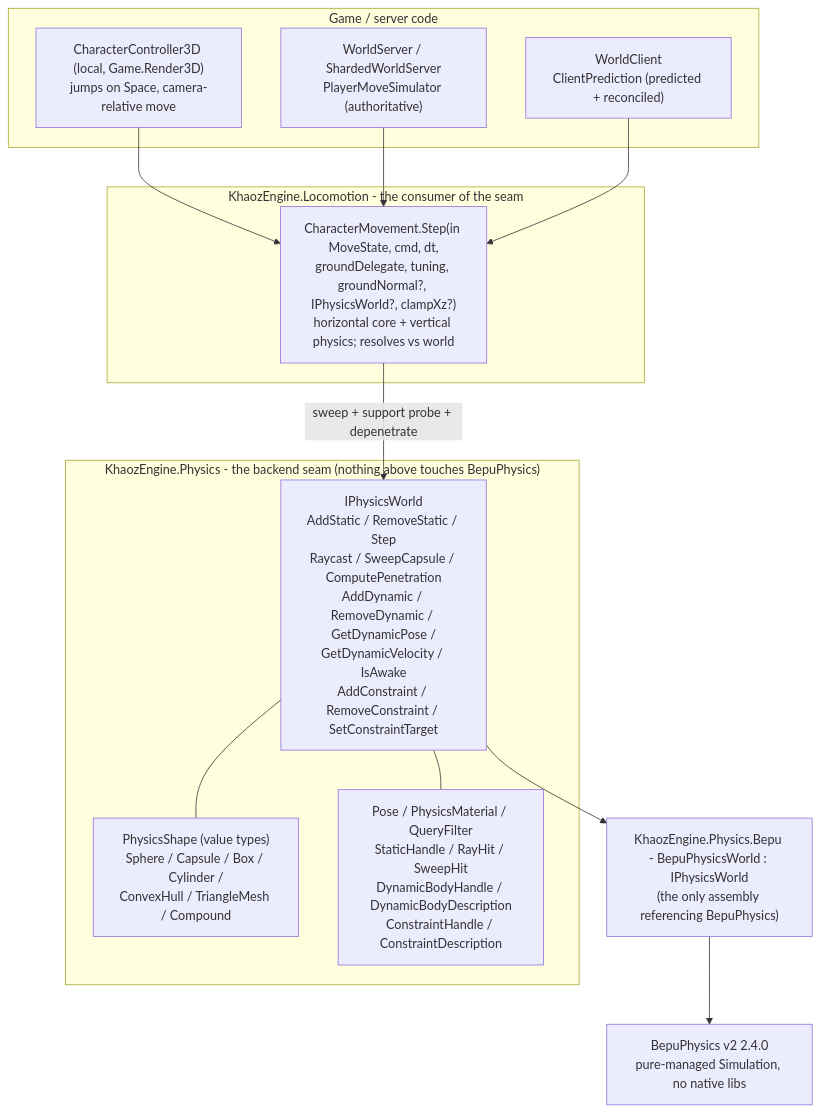
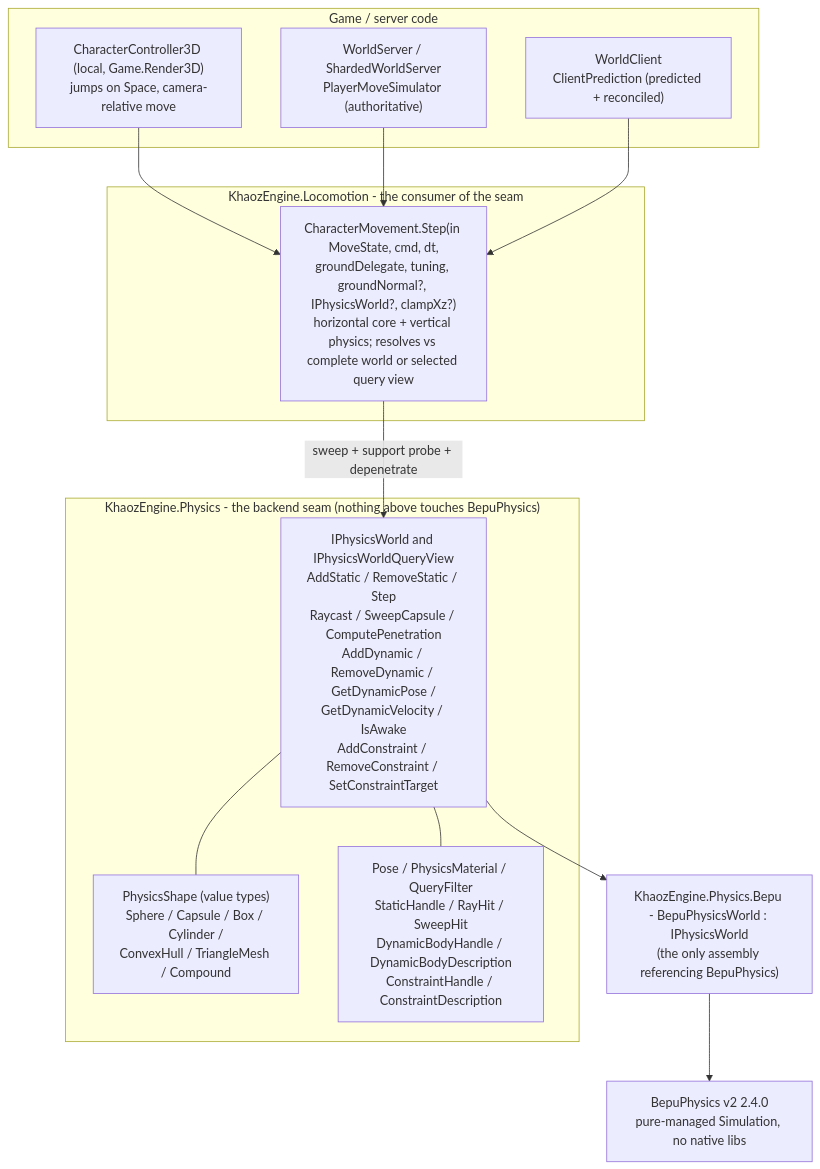
One commit to APKiwiOrg/KhaozEngine changed the first of 4 diagrams in docs/PHYSICS-PIPELINE.md. Above: the diagram before and after it, drawn with Mermaid. The commit also changed other lines of this file and 7 other files, not shown here.

Commit message:
docs(physics): explain analytic terrain query ownership

````diff
--- a/docs/PHYSICS-PIPELINE.md
+++ b/docs/PHYSICS-PIPELINE.md
@@ -15,31 +15,31 @@
 ```mermaid
 flowchart TD
     subgraph game["Game / server code"]
         CC["CharacterController3D (local, Game.Render3D)<br/>jumps on Space, camera-relative move"]
         SRV["WorldServer / ShardedWorldServer<br/>PlayerMoveSimulator (authoritative)"]
         CLI["WorldClient<br/>ClientPrediction (predicted + reconciled)"]
     end
 
     subgraph loco["KhaozEngine.Locomotion - the consumer of the seam"]
-        STEP["CharacterMovement.Step(in MoveState, cmd, dt,<br/>groundDelegate, tuning, groundNormal?, IPhysicsWorld?, clampXz?)<br/>horizontal core + vertical physics; resolves vs world"]
+        STEP["CharacterMovement.Step(in MoveState, cmd, dt,<br/>groundDelegate, tuning, groundNormal?, IPhysicsWorld?, clampXz?)<br/>horizontal core + vertical physics; resolves vs complete world or selected query view"]
     end
 
     subgraph seam["KhaozEngine.Physics - the backend seam (nothing above touches BepuPhysics)"]
-        IPW["IPhysicsWorld<br/>AddStatic / RemoveStatic / Step<br/>Raycast / SweepCapsule / ComputePenetration<br/>AddDynamic / RemoveDynamic / GetDynamicPose /<br/>GetDynamicVelocity / IsAwake<br/>AddConstraint / RemoveConstraint / SetConstraintTarget"]
+        IPW["IPhysicsWorld and IPhysicsWorldQueryView<br/>AddStatic / RemoveStatic / Step<br/>Raycast / SweepCapsule / ComputePenetration<br/>AddDynamic / RemoveDynamic / GetDynamicPose /<br/>GetDynamicVelocity / IsAwake<br/>AddConstraint / RemoveConstraint / SetConstraintTarget"]
         SHAPE["PhysicsShape (value types)<br/>Sphere / Capsule / Box / Cylinder /<br/>ConvexHull / TriangleMesh / Compound"]
         AUX["Pose / PhysicsMaterial / QueryFilter<br/>StaticHandle / RayHit / SweepHit<br/>DynamicBodyHandle / DynamicBodyDescription<br/>ConstraintHandle / ConstraintDescription"]
     end
 
     BEPU["KhaozEngine.Physics.Bepu - BepuPhysicsWorld : IPhysicsWorld<br/>(the only assembly referencing BepuPhysics)"]
 
     LIB["BepuPhysics v2 2.4.0<br/>pure-managed Simulation, no native libs"]
 
     CC --> STEP
     SRV --> STEP
     CLI --> STEP
     STEP -->|"sweep + support probe + depenetrate"| IPW
     IPW --- SHAPE
     IPW --- AUX
     IPW --> BEPU
     BEPU --> LIB
 ```
````
